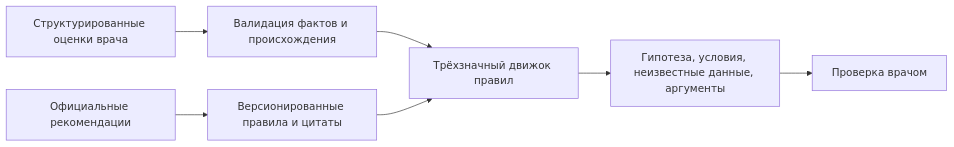
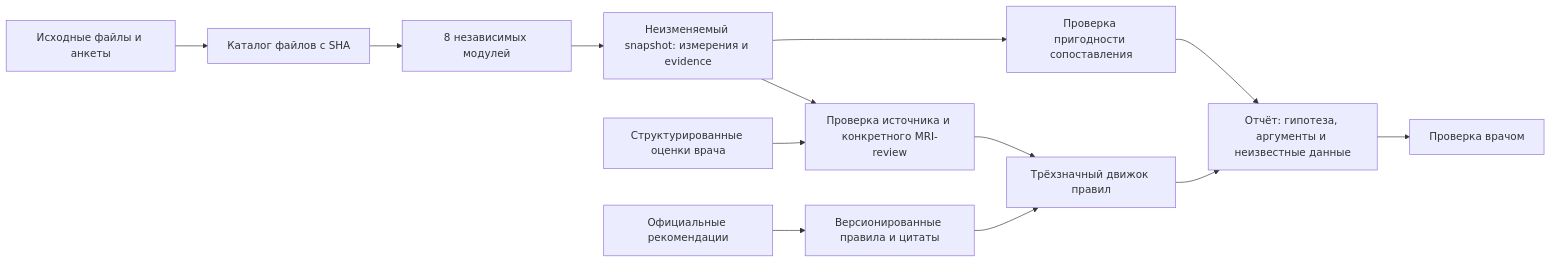
Before and after one commit to ndreuu/DorsopathyCDS: the diagram in README.md, drawn with Mermaid. The commit also changed other lines of this file and 26 other files, not shown here.

Commit message:
Integrate eight-module MVP with verified full flow and local viewer

````diff
--- a/README.md
+++ b/README.md
@@ -153,9 +159,15 @@
 ```mermaid
 flowchart LR
+  U[Исходные файлы и анкеты] --> P[Каталог файлов с SHA]
+  P --> M[8 независимых модулей]
+  M --> S[Неизменяемый snapshot: измерения и evidence]
+  S --> T[Проверка пригодности сопоставления]
+  F[Структурированные оценки врача] --> V[Проверка источника и конкретного MRI-review]
+  S --> V
   G[Официальные рекомендации] --> C[Версионированные правила и цитаты]
-  F[Структурированные оценки врача] --> V[Валидация фактов и происхождения]
   V --> E[Трёхзначный движок правил]
   C --> E
-  E --> R[Гипотеза, условия, неизвестные данные, аргументы]
+  T --> R[Отчёт: гипотеза, аргументы и неизвестные данные]
+  E --> R
   R --> D[Проверка врачом]
 ```
````
